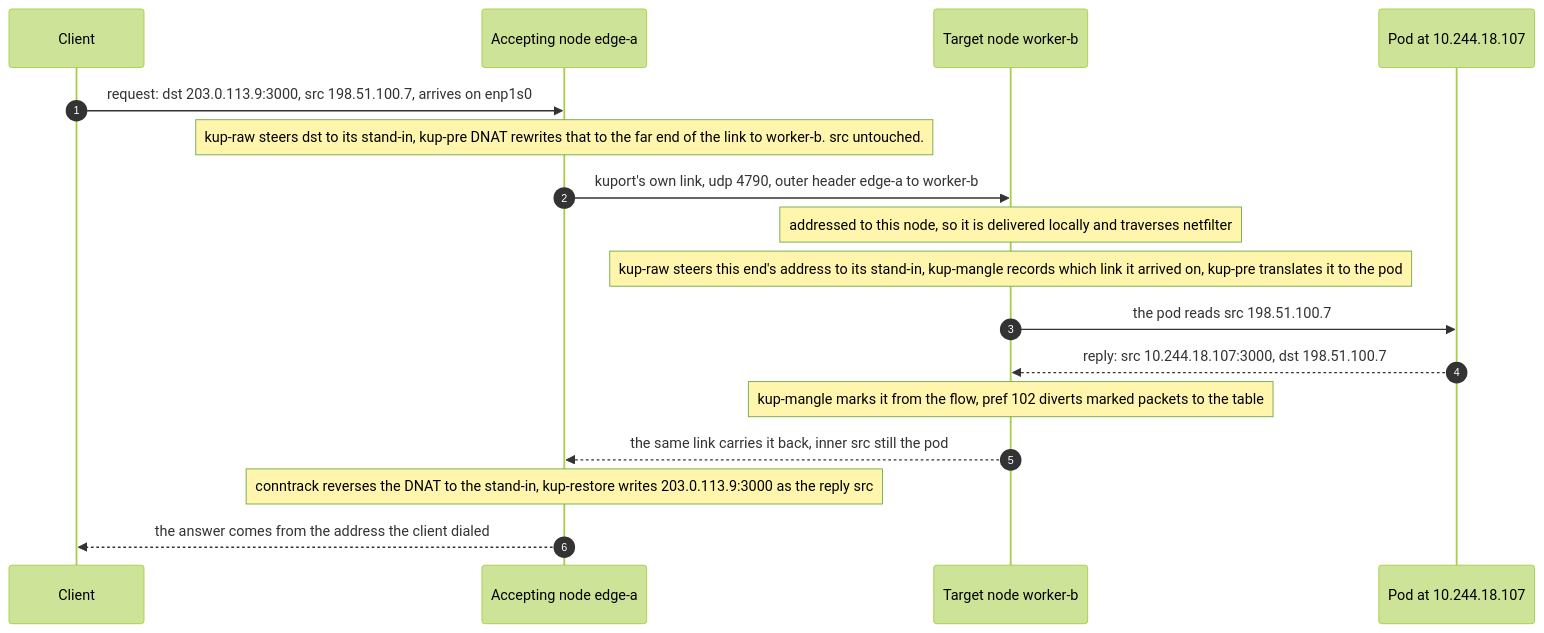
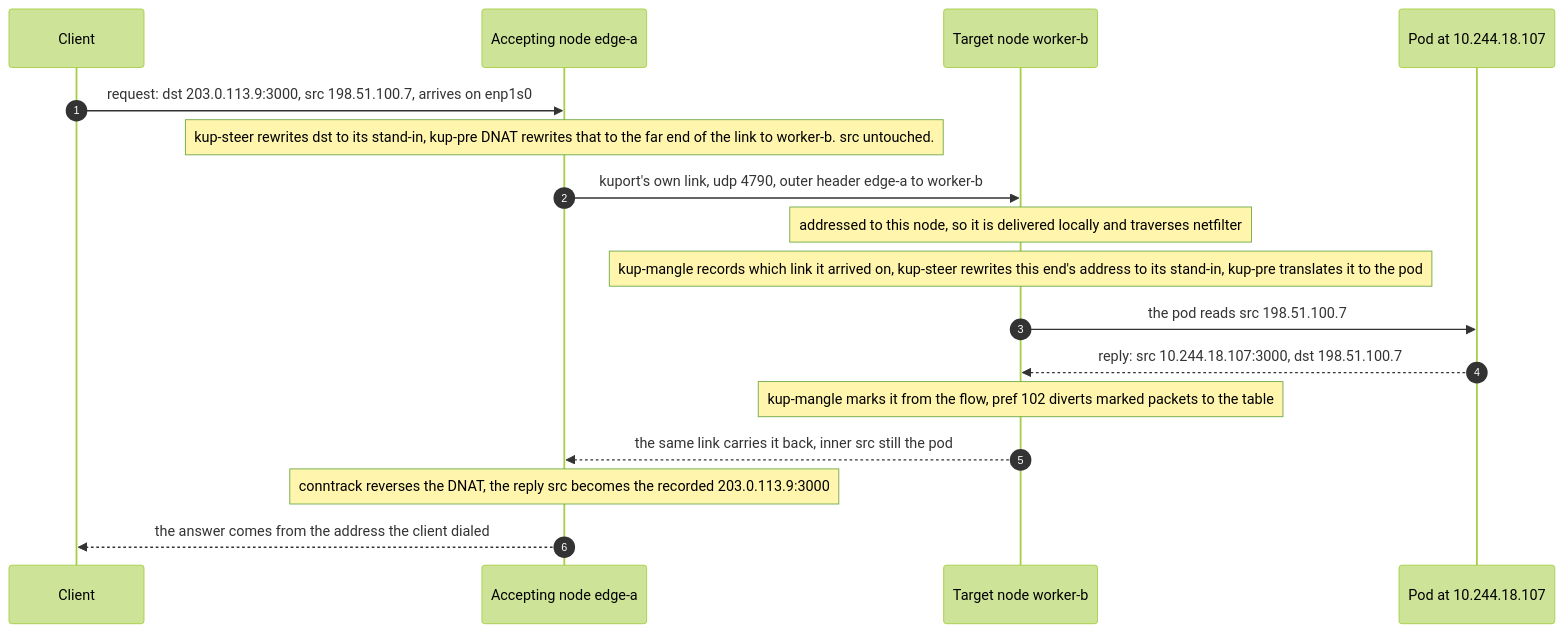
Before and after one commit to walzen-group/kuport: the second of 4 diagrams in docs/datapath.md, drawn with Mermaid (forest theme). The commit also changed other lines of this file and 18 other files, not shown here.

First line of the commit message:
fix: steer after conntrack and a mesh's mark rules, before the host firewall

````diff
--- a/docs/datapath.md
+++ b/docs/datapath.md
@@ -33,19 +33,19 @@
 ```mermaid
 sequenceDiagram
     autonumber
     participant C as Client
     participant E as Accepting node edge-a
     participant T as Target node worker-b
     participant P as Pod at 10.244.18.107
     C->>E: request: dst 203.0.113.9:3000, src 198.51.100.7, arrives on enp1s0
-    Note over E: kup-raw steers dst to its stand-in, kup-pre DNAT rewrites that to the far end of the link to worker-b. src untouched.
+    Note over E: kup-steer rewrites dst to its stand-in, kup-pre DNAT rewrites that to the far end of the link to worker-b. src untouched.
     E->>T: kuport's own link, udp 4790, outer header edge-a to worker-b
     Note over T: addressed to this node, so it is delivered locally and traverses netfilter
-    Note over T: kup-raw steers this end's address to its stand-in, kup-mangle records which link it arrived on, kup-pre translates it to the pod
+    Note over T: kup-mangle records which link it arrived on, kup-steer rewrites this end's address to its stand-in, kup-pre translates it to the pod
     T->>P: the pod reads src 198.51.100.7
     P-->>T: reply: src 10.244.18.107:3000, dst 198.51.100.7
     Note over T: kup-mangle marks it from the flow, pref 102 diverts marked packets to the table
     T-->>E: the same link carries it back, inner src still the pod
-    Note over E: conntrack reverses the DNAT to the stand-in, kup-restore writes 203.0.113.9:3000 as the reply src
+    Note over E: conntrack reverses the DNAT, the reply src becomes the recorded 203.0.113.9:3000
     E-->>C: the answer comes from the address the client dialed
 ```
````
